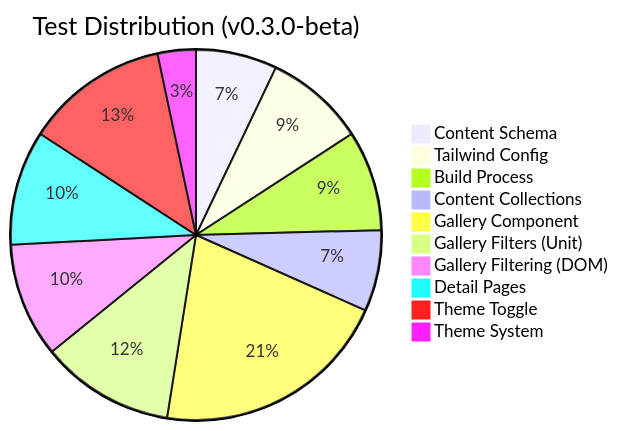
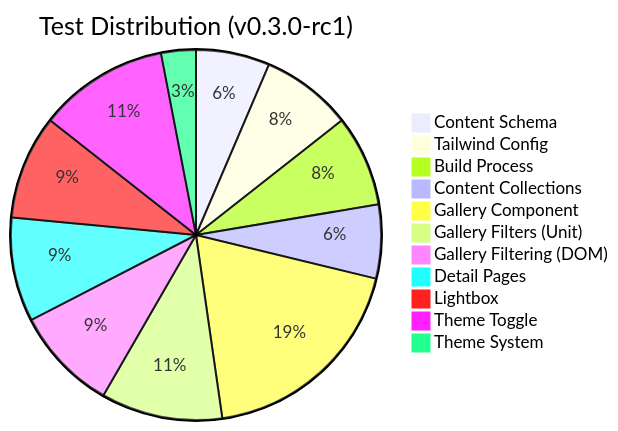
One commit to nice-and-precise/mol-art-portfolio changed the second of 5 diagrams in PROJECT_STATUS.md. Above: the diagram before and after it, drawn with Mermaid. The commit also changed other lines of this file and 1 other file, not shown here.

````diff
--- a/PROJECT_STATUS.md
+++ b/PROJECT_STATUS.md
@@ -171,13 +183,14 @@
 ```mermaid
-pie title Test Distribution (v0.3.0-beta)
+pie title Test Distribution (v0.3.0-rc1)
     "Content Schema" : 17
     "Tailwind Config" : 21
     "Build Process" : 21
     "Content Collections" : 17
     "Gallery Component" : 50
     "Gallery Filters (Unit)" : 28
     "Gallery Filtering (DOM)" : 24
     "Detail Pages" : 24
+    "Lightbox" : 24
     "Theme Toggle" : 30
     "Theme System" : 8
 ```
````
